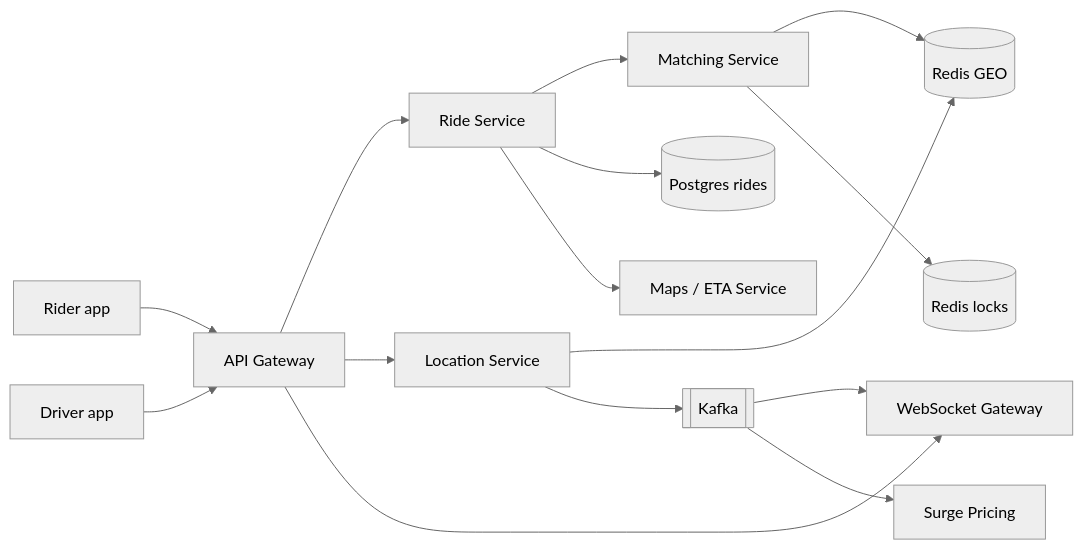
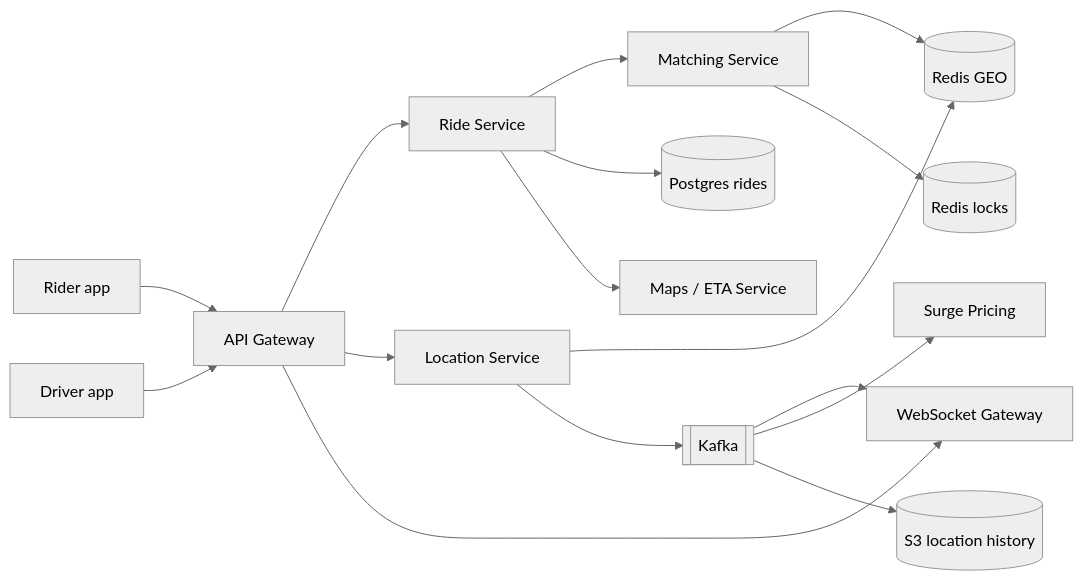
One commit to flow6979/system-design-prep changed the first of 3 diagrams in content-en/02-questions/t1-06-uber.md. Above: the diagram before and after it, drawn with Mermaid (neutral theme). The commit also changed other lines of this file and 61 other files, not shown here.

````diff
--- a/content-en/02-questions/t1-06-uber.md
+++ b/content-en/02-questions/t1-06-uber.md
@@ -80,17 +86,18 @@
 ```mermaid
 flowchart LR
   R["Rider app"] --> G["API Gateway"]
   D["Driver app"] --> G
   G --> RS["Ride Service"]
   G --> LS["Location Service"]
   G --> WS["WebSocket Gateway"]
   LS --> GEO[("Redis GEO")]
   RS --> M["Matching Service"]
   M --> GEO
   M --> LK[("Redis locks")]
   RS --> DB[("Postgres rides")]
   RS --> MAP["Maps / ETA Service"]
   LS --> K[["Kafka"]]
   K --> WS
   K --> SP["Surge Pricing"]
+  K --> H[("S3 location history")]
 ```
````
